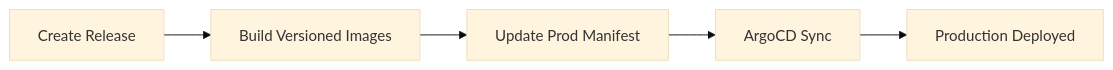
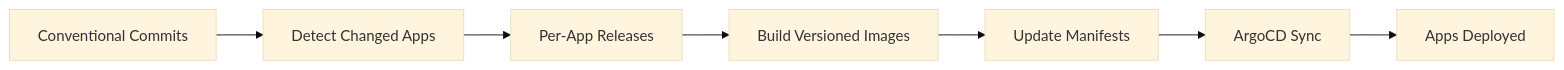
One commit to Ameciclo/atlas changed the second of 3 diagrams in docs/GITOPS_DEPLOYMENT.md. Above: the diagram before and after it, drawn with Mermaid (base theme). The commit also changed other lines of this file and 4 other files, not shown here.

First line of the commit message:
refactor: implement per-app semantic versioning for monorepo

````diff
--- a/docs/GITOPS_DEPLOYMENT.md
+++ b/docs/GITOPS_DEPLOYMENT.md
@@ -32,7 +33,9 @@
 ```mermaid
 graph LR
-    A[Create Release] --> B[Build Versioned Images]
-    B --> C[Update Prod Manifest]
-    C --> D[ArgoCD Sync]
-    D --> E[Production Deployed]
+    A[Conventional Commits] --> B[Detect Changed Apps]
+    B --> C[Per-App Releases]
+    C --> D[Build Versioned Images]
+    D --> E[Update Manifests]
+    E --> F[ArgoCD Sync]
+    F --> G[Apps Deployed]
 ```
````
